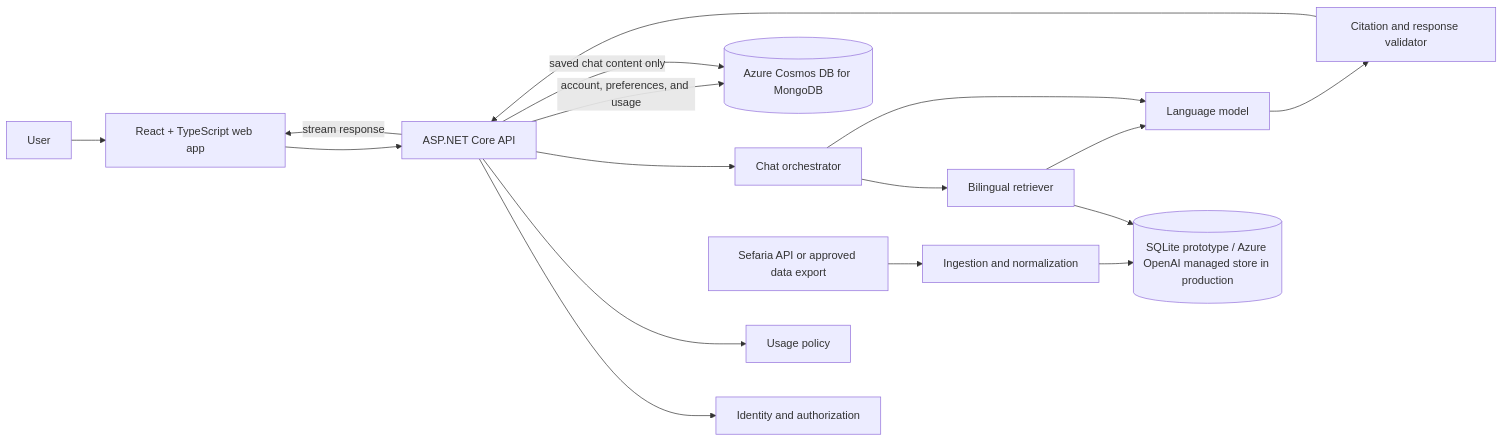
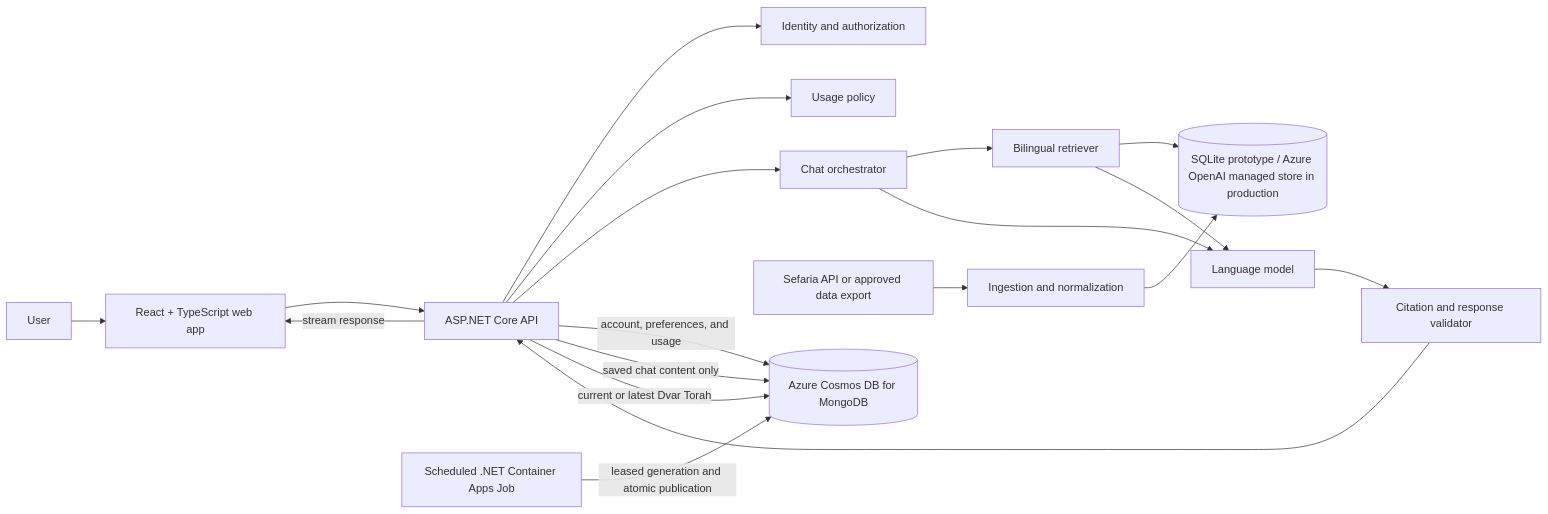
Before and after one commit to Amitai5/AskARabbi: the diagram in docs/TECHNICAL.md, drawn with Mermaid. The commit also changed other lines of this file and 88 other files, not shown here.

Commit message:
Add weekly Dvar Torah infrastructure and harden grounded chat

````diff
--- a/docs/TECHNICAL.md
+++ b/docs/TECHNICAL.md
@@ -79,23 +79,25 @@
 ```mermaid
 flowchart LR
     User[User] --> Web[React + TypeScript web app]
     Web --> Api[ASP.NET Core API]
 
     Api --> Identity[Identity and authorization]
     Api --> Usage[Usage policy]
     Api --> Orchestrator[Chat orchestrator]
 
     Orchestrator --> Retriever[Bilingual retriever]
     Retriever --> SourceIndex[(SQLite prototype / Azure OpenAI managed store in production)]
     Sefaria[Sefaria API or approved data export] --> Ingestion[Ingestion and normalization]
     Ingestion --> SourceIndex
 
     Orchestrator --> Model[Language model]
     Retriever --> Model
     Model --> Validator[Citation and response validator]
     Validator --> Api
 
     Api -->|account, preferences, and usage| AppData[(Azure Cosmos DB for MongoDB)]
     Api -->|saved chat content only| AppData
+    WeeklyJob[Scheduled .NET Container Apps Job] -->|leased generation and atomic publication| AppData
+    Api -->|current or latest Dvar Torah| AppData
     Api -->|stream response| Web
 ```
````
